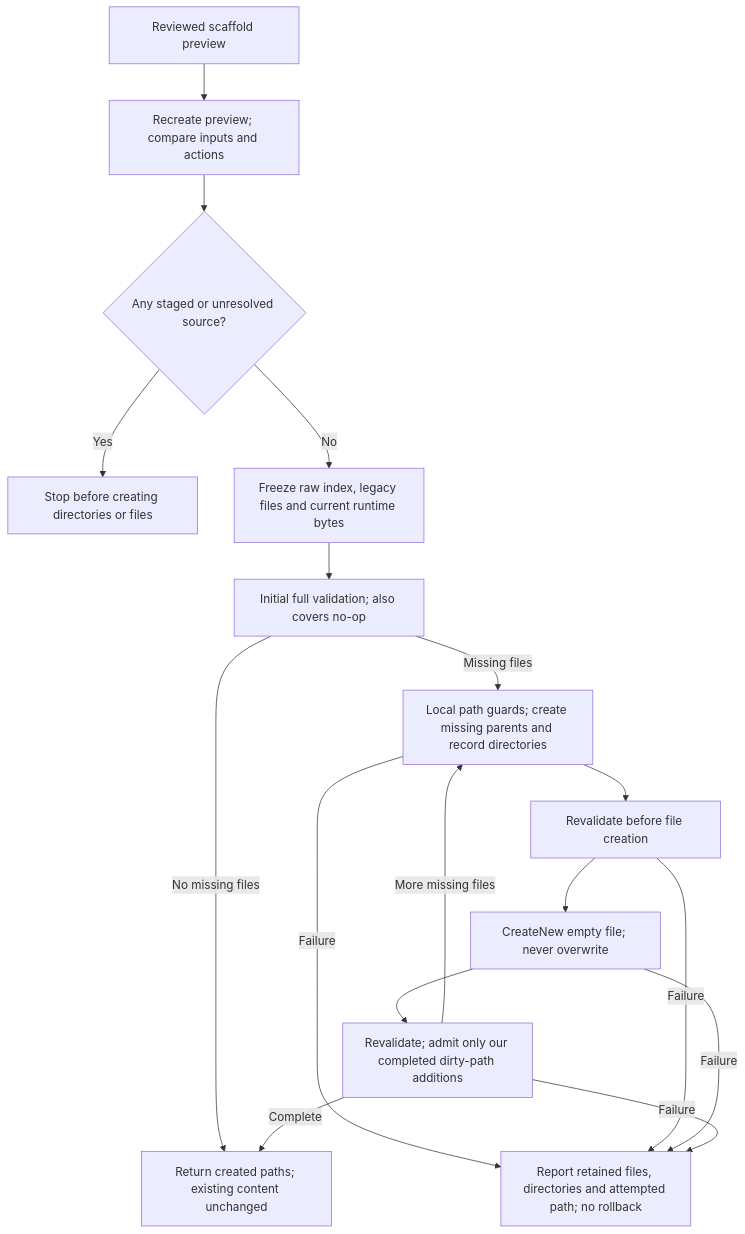
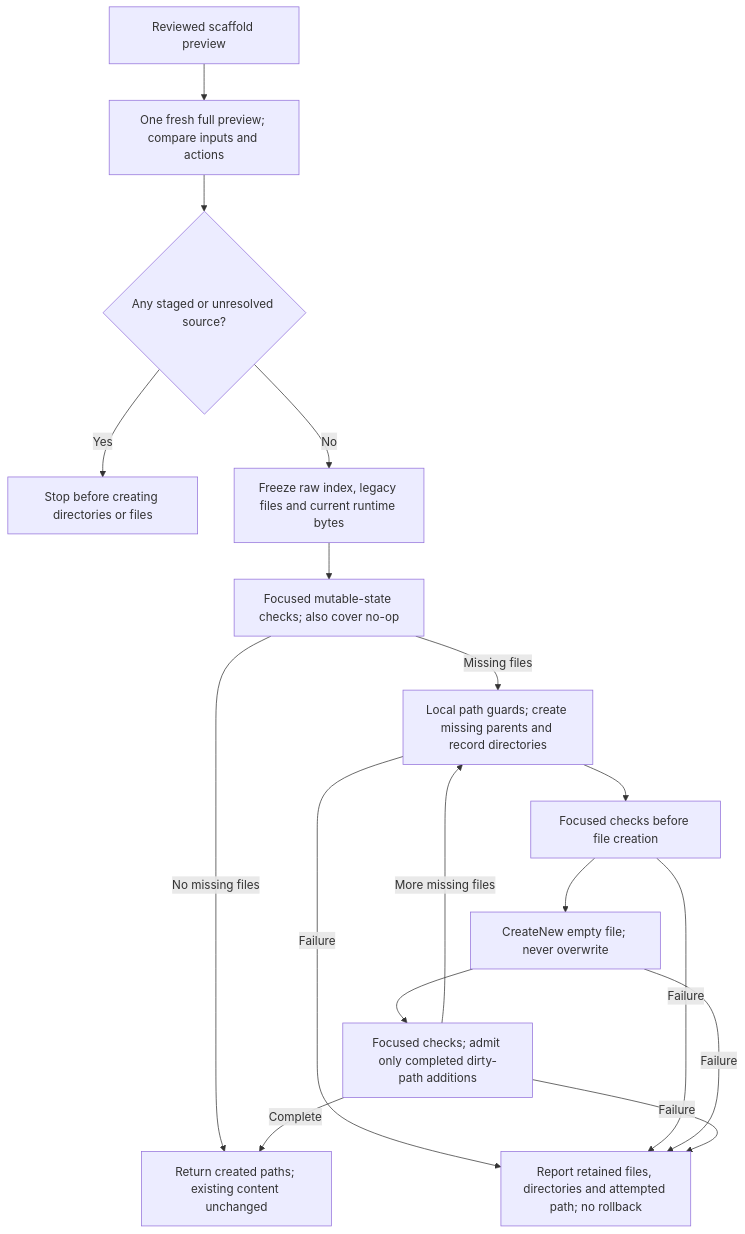
Diagram 20 of 25 in docs/architecture.md (ferrywlto/ai-env-as-code), drawn with Mermaid before and after one commit. The commit also changed other lines of this file and 5 other files, not shown here.

````diff
--- a/docs/architecture.md
+++ b/docs/architecture.md
@@ -586,19 +586,19 @@
 ```mermaid
 flowchart TD
-    Review[Reviewed scaffold preview] --> Fresh[Recreate preview; compare inputs and actions]
+    Review[Reviewed scaffold preview] --> Fresh[One fresh full preview; compare inputs and actions]
     Fresh --> Block{Any staged or unresolved source?}
     Block -->|Yes| Stop[Stop before creating directories or files]
     Block -->|No| Freeze[Freeze raw index, legacy files and current runtime bytes]
-    Freeze --> Guard[Initial full validation; also covers no-op]
+    Freeze --> Guard[Focused mutable-state checks; also cover no-op]
     Guard -->|Missing files| Dirs[Local path guards; create missing parents and record directories]
     Guard -->|No missing files| Return
-    Dirs --> GuardAgain[Revalidate before file creation]
+    Dirs --> GuardAgain[Focused checks before file creation]
     GuardAgain --> Create[CreateNew empty file; never overwrite]
-    Create --> Check[Revalidate; admit only our completed dirty-path additions]
+    Create --> Check[Focused checks; admit only completed dirty-path additions]
     Check -->|More missing files| Dirs
     Check -->|Complete| Return[Return created paths; existing content unchanged]
     Dirs -->|Failure| Retain[Report retained files, directories and attempted path; no rollback]
     GuardAgain -->|Failure| Retain
     Create -->|Failure| Retain
     Check -->|Failure| Retain
 ```
````
